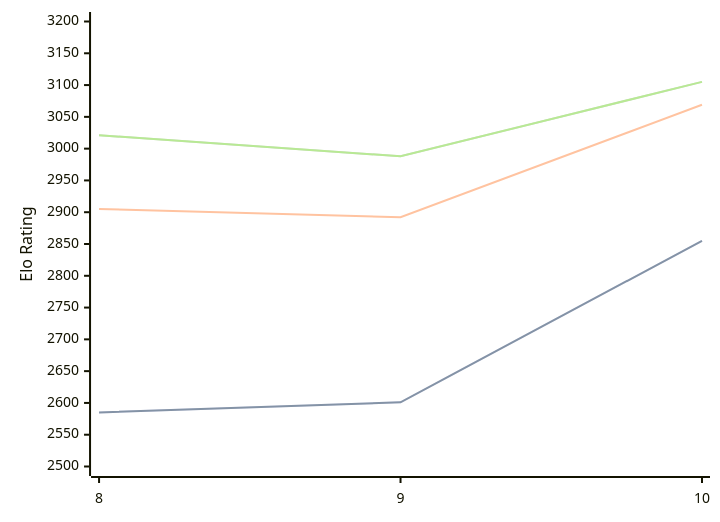
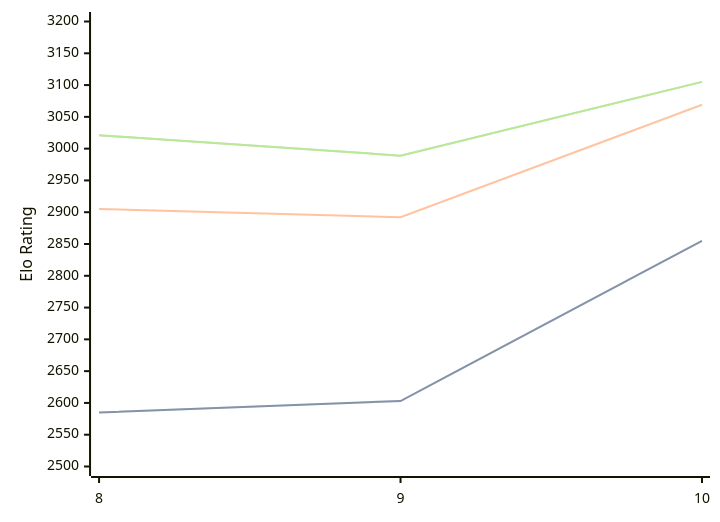
The diagram in engines/Lozza.md (computer-chess-index/cci), drawn with Mermaid before and after one commit. The commit also changed other lines of this file, not shown here.

Commit message:
Update CCI Ratings (ELO VLTC) - 2026-05-22

````diff
--- a/engines/Lozza.md
+++ b/engines/Lozza.md
@@ -41,11 +41,11 @@
 ```mermaid
 %%{init: {"theme":"base","themeVariables":{"seriesColors:['#a3a3a3','#222221','#faa371']}}}%%
 xychart-beta
   x-axis ["8", "9", "10"]
   y-axis "Elo Rating" 2500 --> 3200
-  line "STC (8.0+0.08s)" [2585, 2601, 2855]
-  line "STC (8.0+0.08s)" [2585, 2601, 2855]
+  line "STC (8.0+0.08s)" [2585, 2603, 2855]
+  line "STC (8.0+0.08s)" [2585, 2603, 2855]
   line "LTC (60.0+0.60s)" [2905, 2892, 3069]
-  line "VLTC (2m24s+1.12s)" [3021, 2988, 3105]
-  line "VLTC (2m24s+1.12s)" [3021, 2988, 3105]
+  line "VLTC (2m24s+1.12s)" [3021, 2989, 3105]
+  line "VLTC (2m24s+1.12s)" [3021, 2989, 3105]
 ```
````
